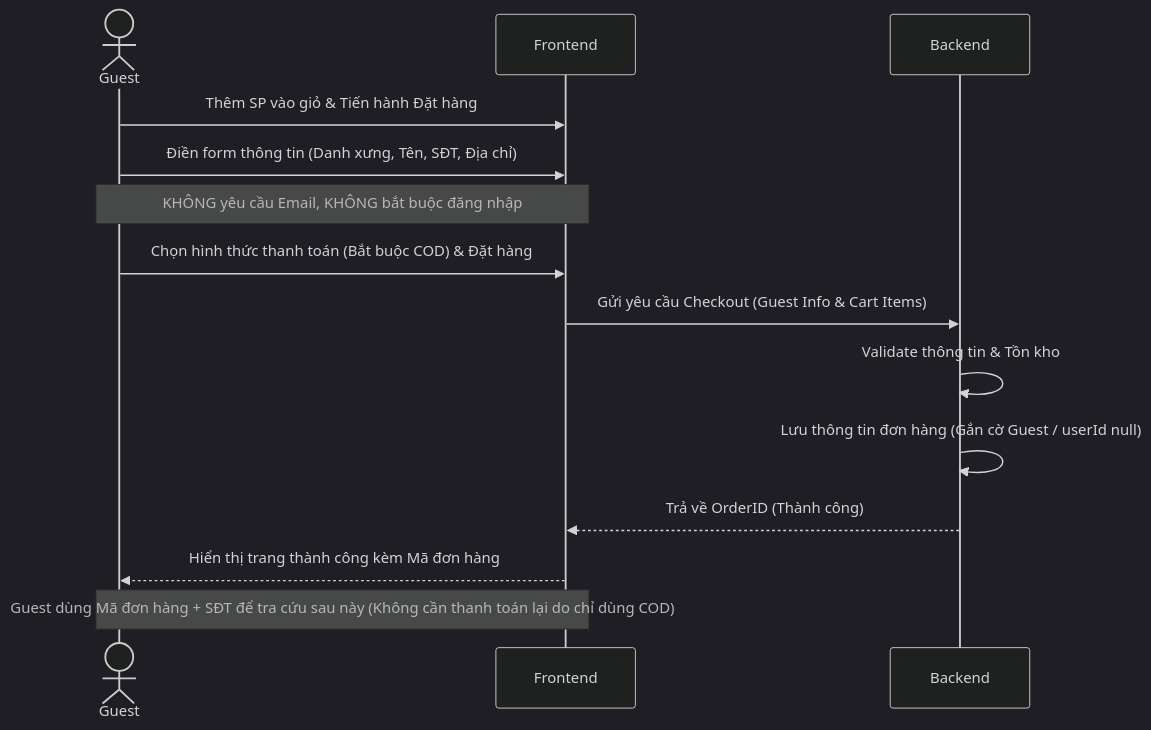
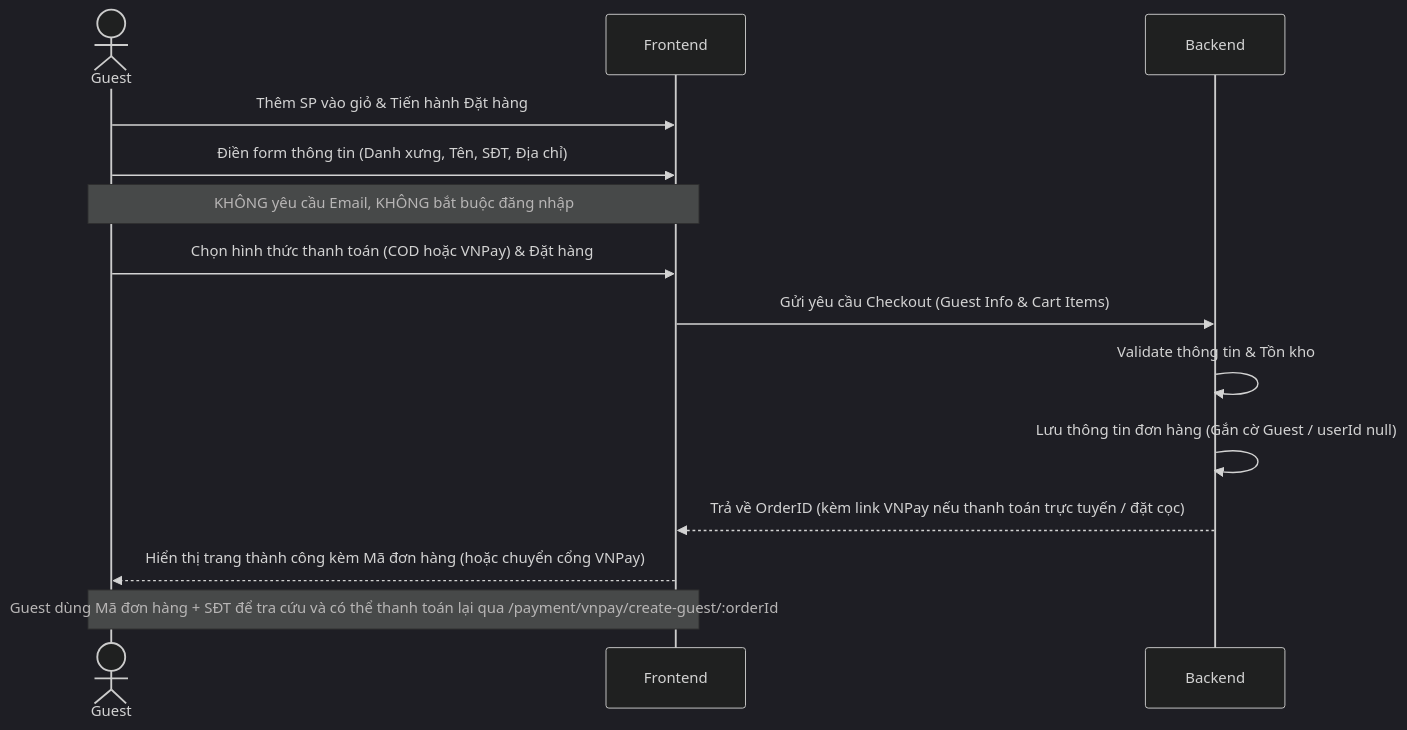
Before and after one commit to trungta897/Ecommerce-with-suggestion: the fourth of 6 diagrams in docs/backlogs/SRS.md, drawn with Mermaid (dark theme). The commit also changed other lines of this file and 2 other files, not shown here.

````diff
--- a/docs/backlogs/SRS.md
+++ b/docs/backlogs/SRS.md
@@ -204,17 +204,17 @@
 ```mermaid
 sequenceDiagram
     actor Guest
     participant Frontend
     participant Backend
     
     Guest->>Frontend: Thêm SP vào giỏ & Tiến hành Đặt hàng
     Guest->>Frontend: Điền form thông tin (Danh xưng, Tên, SĐT, Địa chỉ)
     Note over Guest, Frontend: KHÔNG yêu cầu Email, KHÔNG bắt buộc đăng nhập
-    Guest->>Frontend: Chọn hình thức thanh toán (Bắt buộc COD) & Đặt hàng
+    Guest->>Frontend: Chọn hình thức thanh toán (COD hoặc VNPay) & Đặt hàng
     Frontend->>Backend: Gửi yêu cầu Checkout (Guest Info & Cart Items)
     Backend->>Backend: Validate thông tin & Tồn kho
     Backend->>Backend: Lưu thông tin đơn hàng (Gắn cờ Guest / userId null)
-    Backend-->>Frontend: Trả về OrderID (Thành công)
-    Frontend-->>Guest: Hiển thị trang thành công kèm Mã đơn hàng
-    Note over Guest, Frontend: Guest dùng Mã đơn hàng + SĐT để tra cứu sau này (Không cần thanh toán lại do chỉ dùng COD)
+    Backend-->>Frontend: Trả về OrderID (kèm link VNPay nếu thanh toán trực tuyến / đặt cọc)
+    Frontend-->>Guest: Hiển thị trang thành công kèm Mã đơn hàng (hoặc chuyển cổng VNPay)
+    Note over Guest, Frontend: Guest dùng Mã đơn hàng + SĐT để tra cứu và có thể thanh toán lại qua /payment/vnpay/create-guest/:orderId
 ```
````
